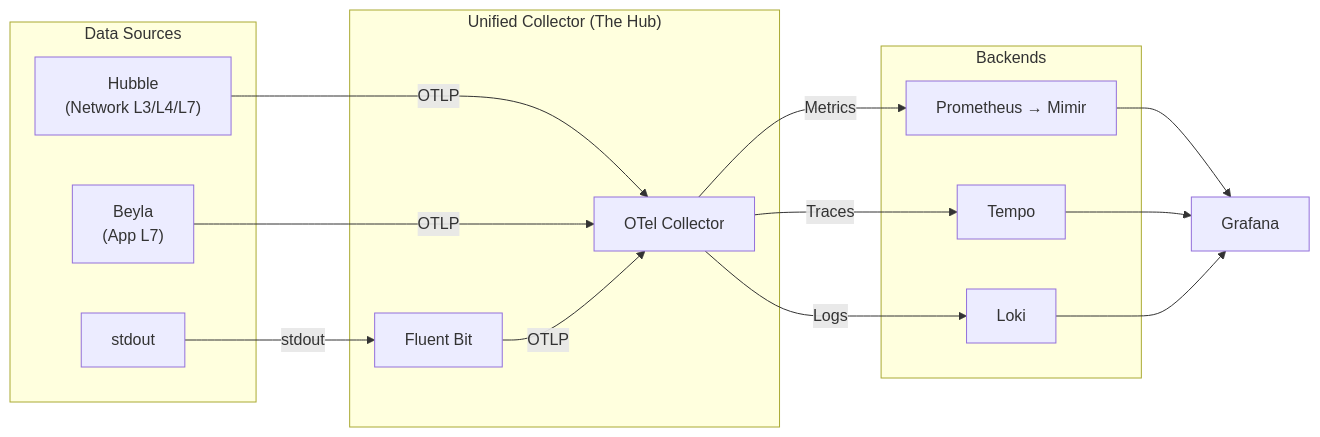
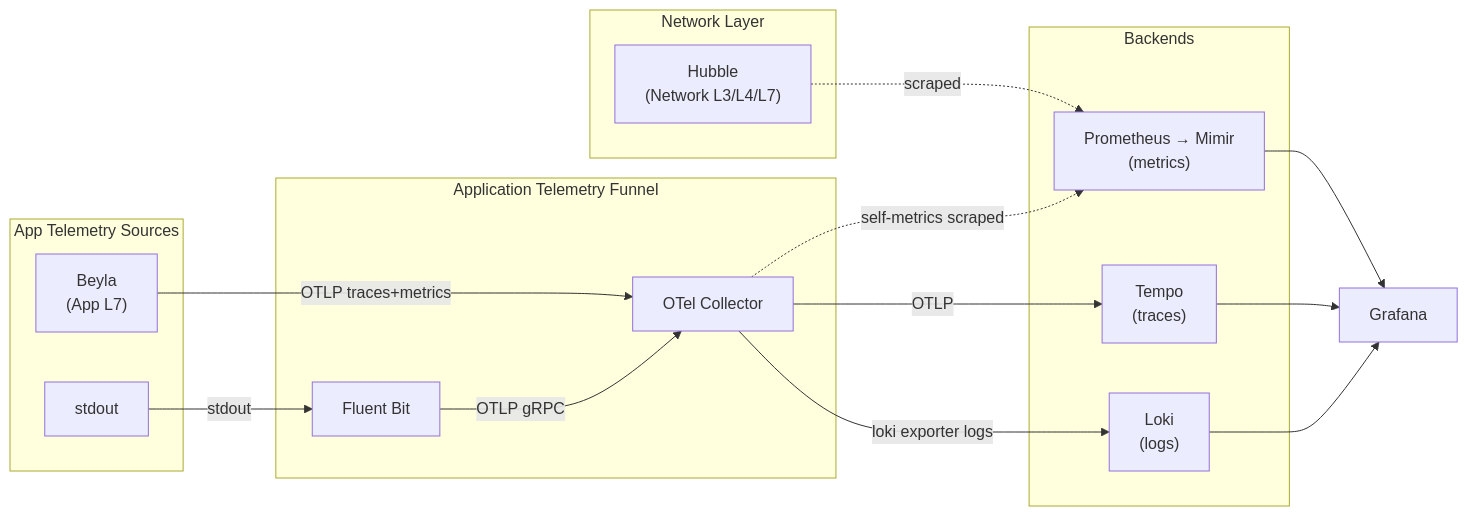
Before and after one commit to panicboat/platform: the second of 3 diagrams in kubernetes/README.md, drawn with Mermaid. The commit also changed other lines of this file and 10 other files, not shown here.

Commit message:
feat(eks): Phase 3 Sub-project 4b — Logs path + Hubble metrics (#296)

````diff
--- a/kubernetes/README.md
+++ b/kubernetes/README.md
@@ -71,33 +89,38 @@
 ```mermaid
 flowchart LR
-    subgraph Sources["Data Sources"]
+    subgraph NetSources["Network Layer"]
         H["Hubble<br/>(Network L3/L4/L7)"]
+    end
+
+    subgraph AppSources["App Telemetry Sources"]
         B["Beyla<br/>(App L7)"]
         L["stdout"]
     end
 
-    subgraph Collector["Unified Collector (The Hub)"]
+    subgraph Funnel["Application Telemetry Funnel"]
         FB["Fluent Bit"]
         OTel["OTel Collector"]
     end
 
     subgraph Backends["Backends"]
-        P["Prometheus → Mimir"]
-        T["Tempo"]
-        LO["Loki"]
+        P["Prometheus → Mimir<br/>(metrics)"]
+        T["Tempo<br/>(traces)"]
+        LO["Loki<br/>(logs)"]
     end
 
-    H -->|OTLP| OTel
-    B -->|OTLP| OTel
+    Grafana["Grafana"]
+
+    H -.->|scraped| P
+
+    B -->|OTLP traces+metrics| OTel
     L -->|stdout| FB
+    FB -->|OTLP gRPC| OTel
 
-    FB -->|OTLP| OTel
-
-    OTel -->|Metrics| P
-    OTel -->|Traces| T
-    OTel -->|Logs| LO
+    OTel -.->|self-metrics scraped| P
+    OTel -->|OTLP| T
+    OTel -->|loki exporter logs| LO
 
     P --> Grafana
     T --> Grafana
     LO --> Grafana
 ```
````
